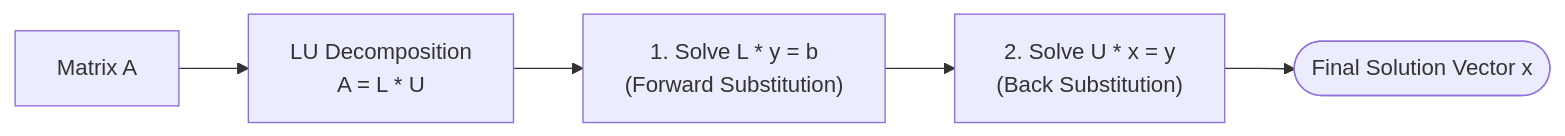
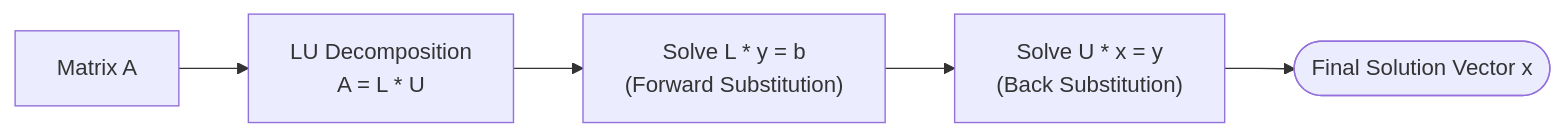
One commit to aidocmr/learn-bscs changed the diagram in content/Year 1/Linear Algebra with MATLAB/4. Invertible Matrices and LU Factorization.md. Above: the diagram before and after it, drawn with Mermaid. The commit also changed 20 other files, not shown here.

First line of the commit message:
fix: Remove markdown lists and numbered prefixes from all Mermaid diagrams

````diff
--- a/content/Year 1/Linear Algebra with MATLAB/4. Invertible Matrices and LU Factorization.md
+++ b/content/Year 1/Linear Algebra with MATLAB/4. Invertible Matrices and LU Factorization.md
@@ -55,7 +55,7 @@
 ```mermaid
 flowchart LR
     A["Matrix A"] --> Decomp["LU Decomposition<br/>A = L * U"]
-    Decomp --> Step1["1. Solve L * y = b<br/>(Forward Substitution)"]
-    Step1 --> Step2["2. Solve U * x = y<br/>(Back Substitution)"]
+    Decomp --> Step1["Solve L * y = b<br/>(Forward Substitution)"]
+    Step1 --> Step2["Solve U * x = y<br/>(Back Substitution)"]
     Step2 --> Sol(["Final Solution Vector x"])
 ```
````
